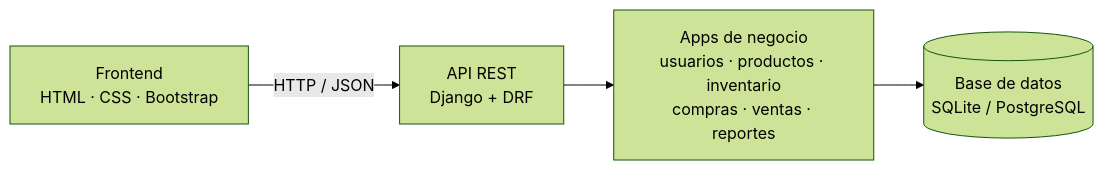
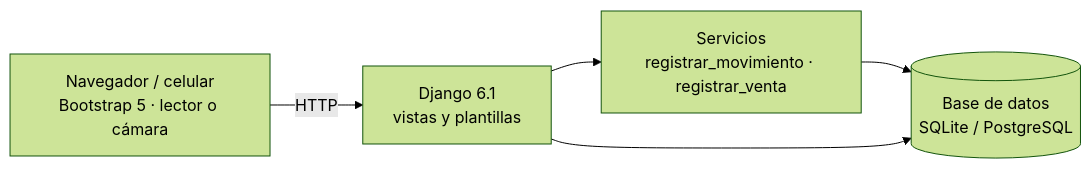
One commit to Angel-Asto/backend-inventario-botilleria changed the first of 3 diagrams in README.md. Above: the diagram before and after it, drawn with Mermaid (forest theme). The commit also changed other lines of this file, not shown here.

Commit message:
docs: README con instalación desde cero, datos de demo, respaldo, seguridad y pruebas

````diff
--- a/README.md
+++ b/README.md
@@ -41,6 +42,7 @@
 ```mermaid
 flowchart LR
-    A["Frontend<br/>HTML · CSS · Bootstrap"] -->|HTTP / JSON| B["API REST<br/>Django + DRF"]
-    B --> C["Apps de negocio<br/>usuarios · productos · inventario<br/>compras · ventas · reportes"]
-    C --> D[("Base de datos<br/>SQLite / PostgreSQL")]
+    A["Navegador / celular<br/>Bootstrap 5 · lector o cámara"] -->|HTTP| B["Django 6.1<br/>vistas y plantillas"]
+    B --> S["Servicios<br/>registrar_movimiento · registrar_venta"]
+    S --> D[("Base de datos<br/>SQLite / PostgreSQL")]
+    B --> D
 ```
````
